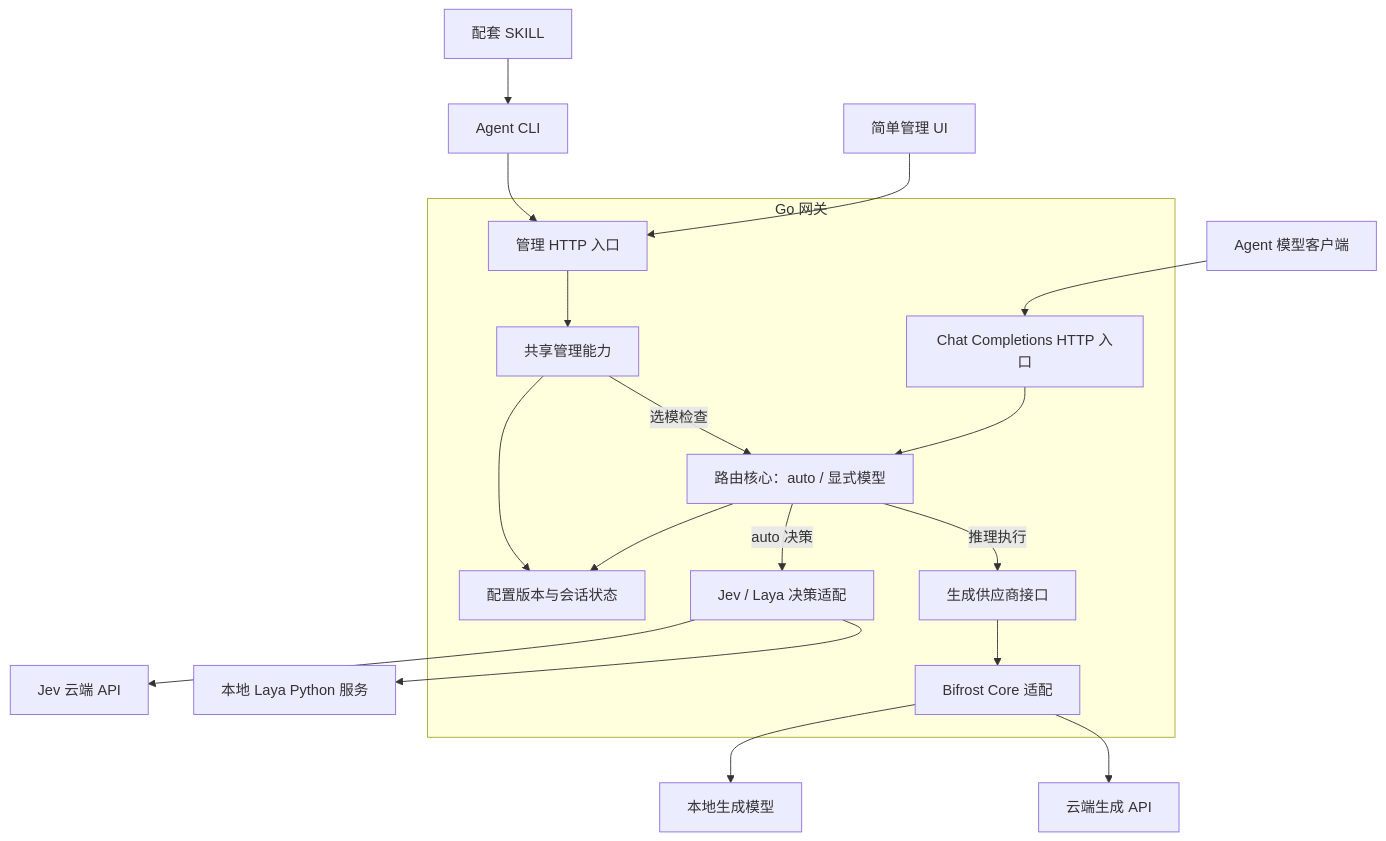
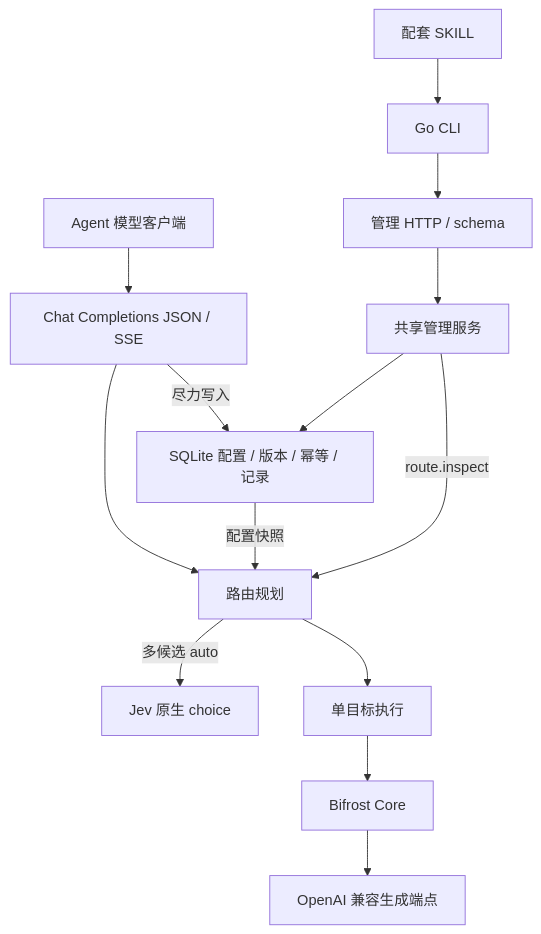
One commit to zerone-agents/jev-model-router changed the diagram in README.md. Above: the diagram before and after it, drawn with Mermaid. The commit also changed other lines of this file and 69 other files, not shown here.

First line of the commit message:
feat: 实现 Agent 优先的 Jev 轻量模型路由闭环 (#3)

````diff
--- a/README.md
+++ b/README.md
@@ -19,23 +52,16 @@
 ```mermaid
 flowchart TD
-    Agent["Agent 模型客户端"] --> Inference
-    Skill["配套 SKILL"] --> CLI["Agent CLI"]
-    CLI --> ManagementHTTP
-    UI["简单管理 UI"] --> ManagementHTTP
-
-    subgraph Gateway["Go 网关"]
-        Inference["Chat Completions HTTP 入口"] --> Routing["路由核心：auto / 显式模型"]
-        ManagementHTTP["管理 HTTP 入口"] --> Management["共享管理能力"]
-        Management --> State["配置版本与会话状态"]
-        Management -->|选模检查| Routing
-        Routing --> State
-        Routing -->|auto 决策| Decision["Jev / Laya 决策适配"]
-        Routing -->|推理执行| Provider["生成供应商接口"]
-        Provider --> Bifrost["Bifrost Core 适配"]
-    end
-
-    Decision --> Jev["Jev 云端 API"]
-    Decision --> Laya["本地 Laya Python 服务"]
-    Bifrost --> Local["本地生成模型"]
-    Bifrost --> Cloud["云端生成 API"]
+    Agent[Agent 模型客户端] --> API[Chat Completions JSON / SSE]
+    Skill[配套 SKILL] --> CLI[Go CLI]
+    CLI --> Admin[管理 HTTP / schema]
+    Admin --> Management[共享管理服务]
+    Management --> SQLite[SQLite 配置 / 版本 / 幂等 / 记录]
+    Management -->|route.inspect| Planner[路由规划]
+    API --> Planner
+    SQLite -->|配置快照| Planner
+    Planner -->|多候选 auto| Jev[Jev 原生 choice]
+    Planner --> Executor[单目标执行]
+    Executor --> Bifrost[Bifrost Core]
+    Bifrost --> Models[OpenAI 兼容生成端点]
+    API -->|尽力写入| SQLite
 ```
````
